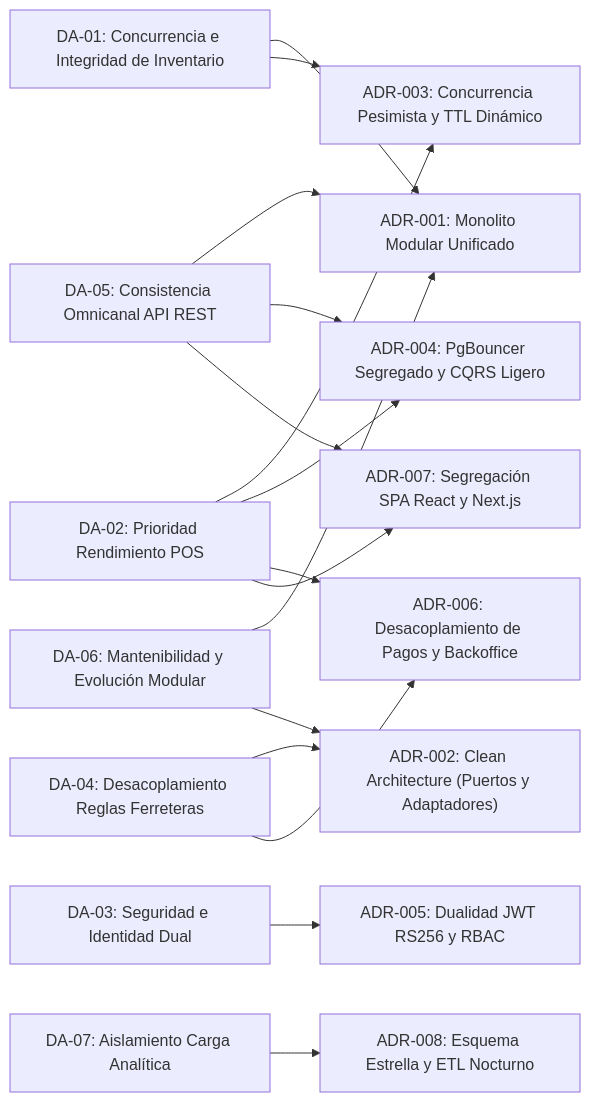
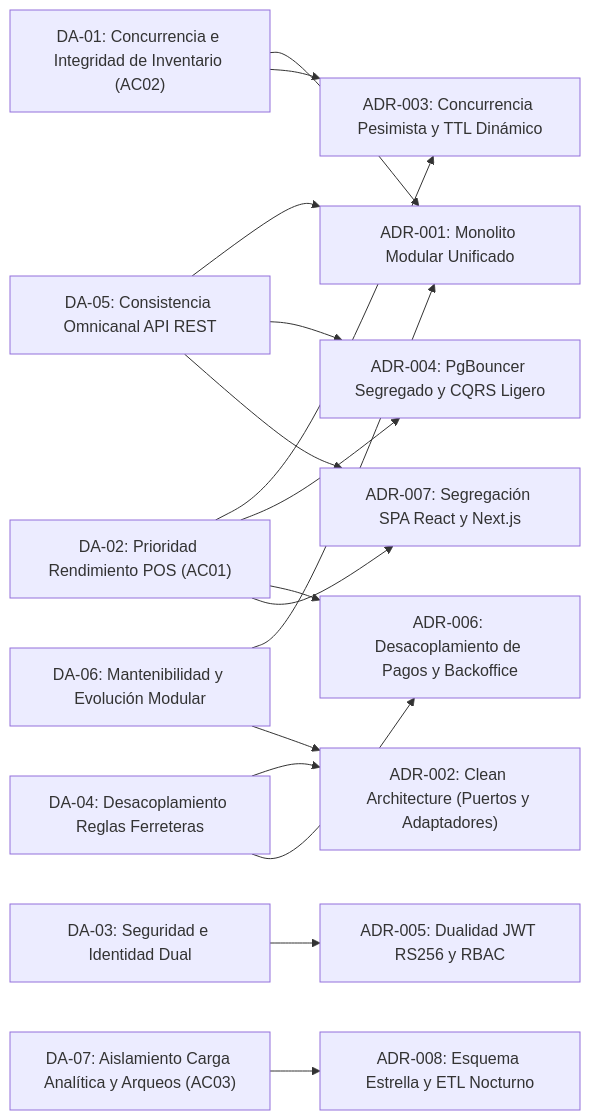
Before and after one commit to Crhisxp/SIGIC-arquitSoft-proyecto-final: the diagram in 01-analisis-de-sistema/06-driver-arquitectonicos.md, drawn with Mermaid. The commit also changed other lines of this file and 53 other files, not shown here.

````diff
--- a/01-analisis-de-sistema/06-driver-arquitectonicos.md
+++ b/01-analisis-de-sistema/06-driver-arquitectonicos.md
@@ -66,24 +77,24 @@
 ```mermaid
 flowchart LR
-    DA01["DA-01: Concurrencia e Integridad de Inventario"] --> ADR01["ADR-001: Monolito Modular Unificado"]
+    DA01["DA-01: Concurrencia e Integridad de Inventario (AC02)"] --> ADR01["ADR-001: Monolito Modular Unificado"]
     DA01 --> ADR03["ADR-003: Concurrencia Pesimista y TTL Dinámico"]
     
-    DA02["DA-02: Prioridad Rendimiento POS"] --> ADR03
+    DA02["DA-02: Prioridad Rendimiento POS (AC01)"] --> ADR03
     DA02 --> ADR04["ADR-004: PgBouncer Segregado y CQRS Ligero"]
     DA02 --> ADR06["ADR-006: Desacoplamiento de Pagos y Backoffice"]
     DA02 --> ADR07["ADR-007: Segregación SPA React y Next.js"]
     
     DA03["DA-03: Seguridad e Identidad Dual"] --> ADR05["ADR-005: Dualidad JWT RS256 y RBAC"]
     
     DA04["DA-04: Desacoplamiento Reglas Ferreteras"] --> ADR02["ADR-002: Clean Architecture (Puertos y Adaptadores)"]
     DA04 --> ADR06
     
     DA05["DA-05: Consistencia Omnicanal API REST"] --> ADR01
     DA05 --> ADR04
     DA05 --> ADR07
     
     DA06["DA-06: Mantenibilidad y Evolución Modular"] --> ADR01
     DA06 --> ADR02
     
-    DA07["DA-07: Aislamiento Carga Analítica"] --> ADR08["ADR-008: Esquema Estrella y ETL Nocturno"]
+    DA07["DA-07: Aislamiento Carga Analítica y Arqueos (AC03)"] --> ADR08["ADR-008: Esquema Estrella y ETL Nocturno"]
 ```
````
